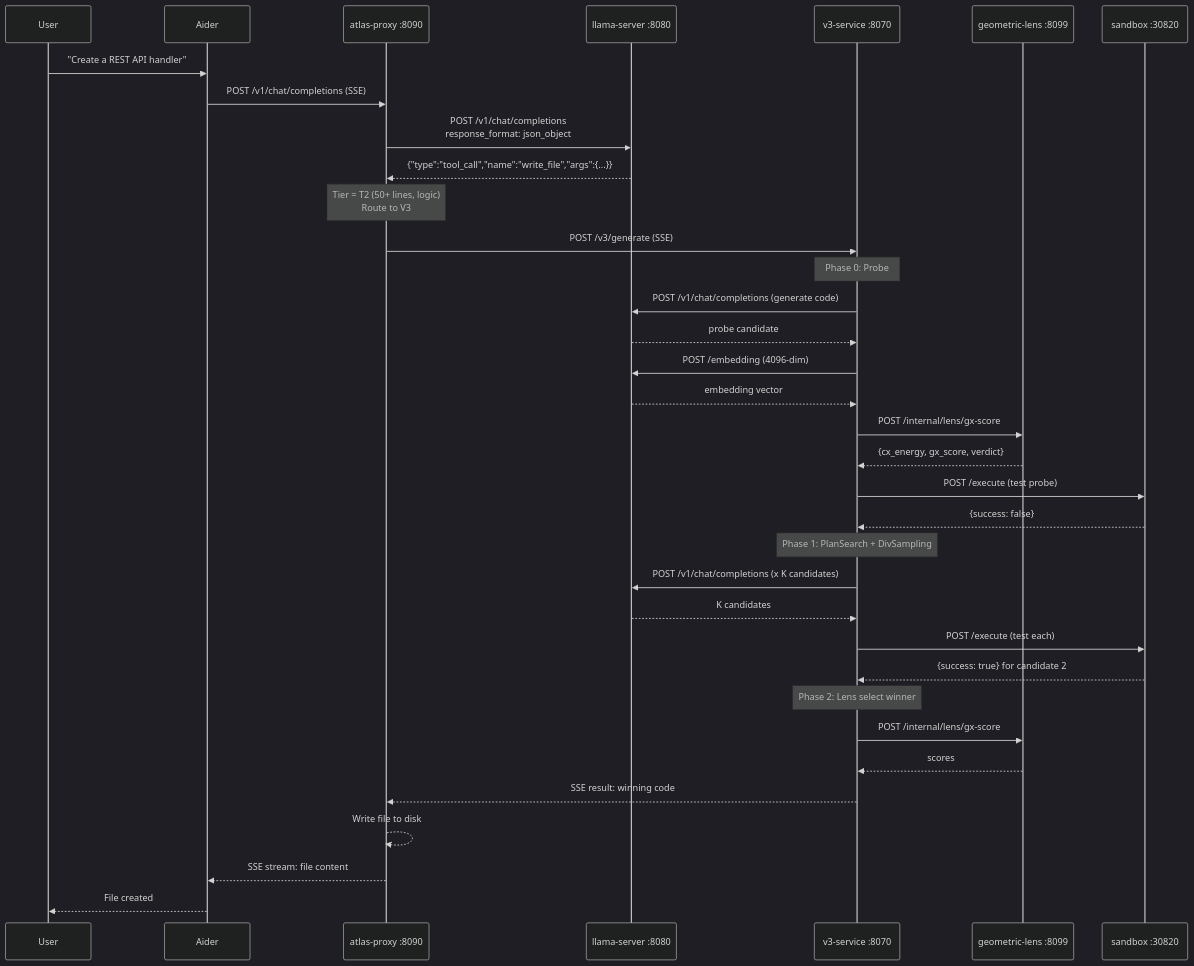
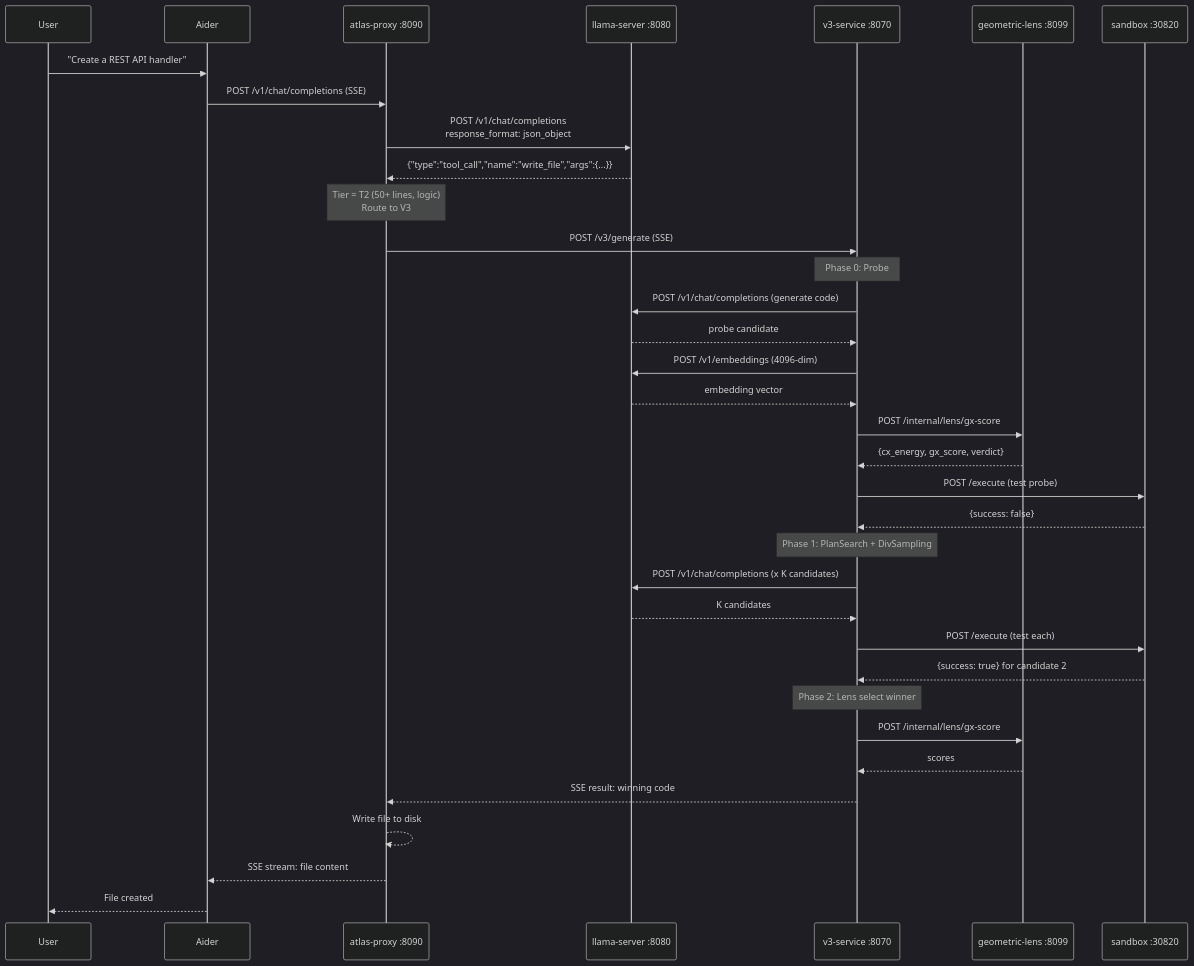
One commit to itigges22/ATLAS changed diagram 12 of 13 in docs/ARCHITECTURE.md. Above: the diagram before and after it, drawn with Mermaid (dark theme).

Commit message:
Fix sequence diagram: /embedding -> /v1/embeddings to match actual code

````diff
--- a/docs/ARCHITECTURE.md
+++ b/docs/ARCHITECTURE.md
@@ -562,42 +562,42 @@
 ```mermaid
 sequenceDiagram
     participant U as User
     participant A as Aider
     participant P as atlas-proxy :8090
     participant L as llama-server :8080
     participant V as v3-service :8070
     participant G as geometric-lens :8099
     participant S as sandbox :30820
 
     U->>A: "Create a REST API handler"
     A->>P: POST /v1/chat/completions (SSE)
     P->>L: POST /v1/chat/completions<br/>response_format: json_object
     L-->>P: {"type":"tool_call","name":"write_file","args":{...}}
     Note over P: Tier = T2 (50+ lines, logic)<br/>Route to V3
 
     P->>V: POST /v3/generate (SSE)
     Note over V: Phase 0: Probe
     V->>L: POST /v1/chat/completions (generate code)
     L-->>V: probe candidate
-    V->>L: POST /embedding (4096-dim)
+    V->>L: POST /v1/embeddings (4096-dim)
     L-->>V: embedding vector
     V->>G: POST /internal/lens/gx-score
     G-->>V: {cx_energy, gx_score, verdict}
     V->>S: POST /execute (test probe)
     S-->>V: {success: false}
 
     Note over V: Phase 1: PlanSearch + DivSampling
     V->>L: POST /v1/chat/completions (x K candidates)
     L-->>V: K candidates
     V->>S: POST /execute (test each)
     S-->>V: {success: true} for candidate 2
 
     Note over V: Phase 2: Lens select winner
     V->>G: POST /internal/lens/gx-score
     G-->>V: scores
 
     V-->>P: SSE result: winning code
     P-->>P: Write file to disk
     P-->>A: SSE stream: file content
     A-->>U: File created
 ```
````
